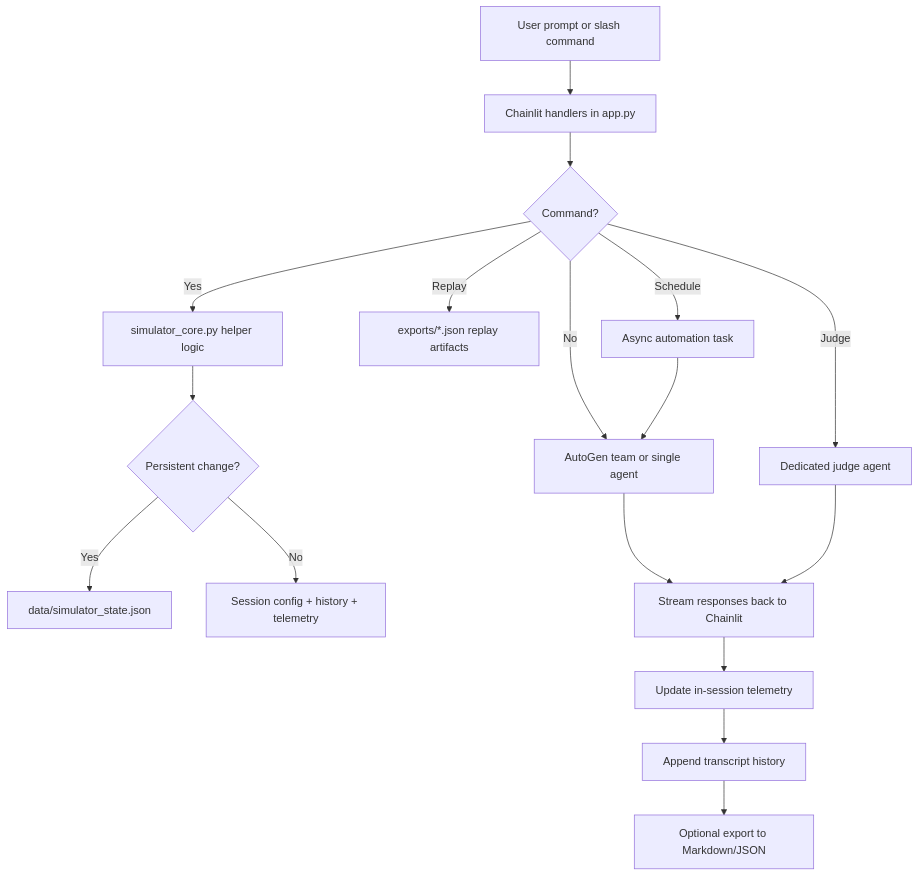
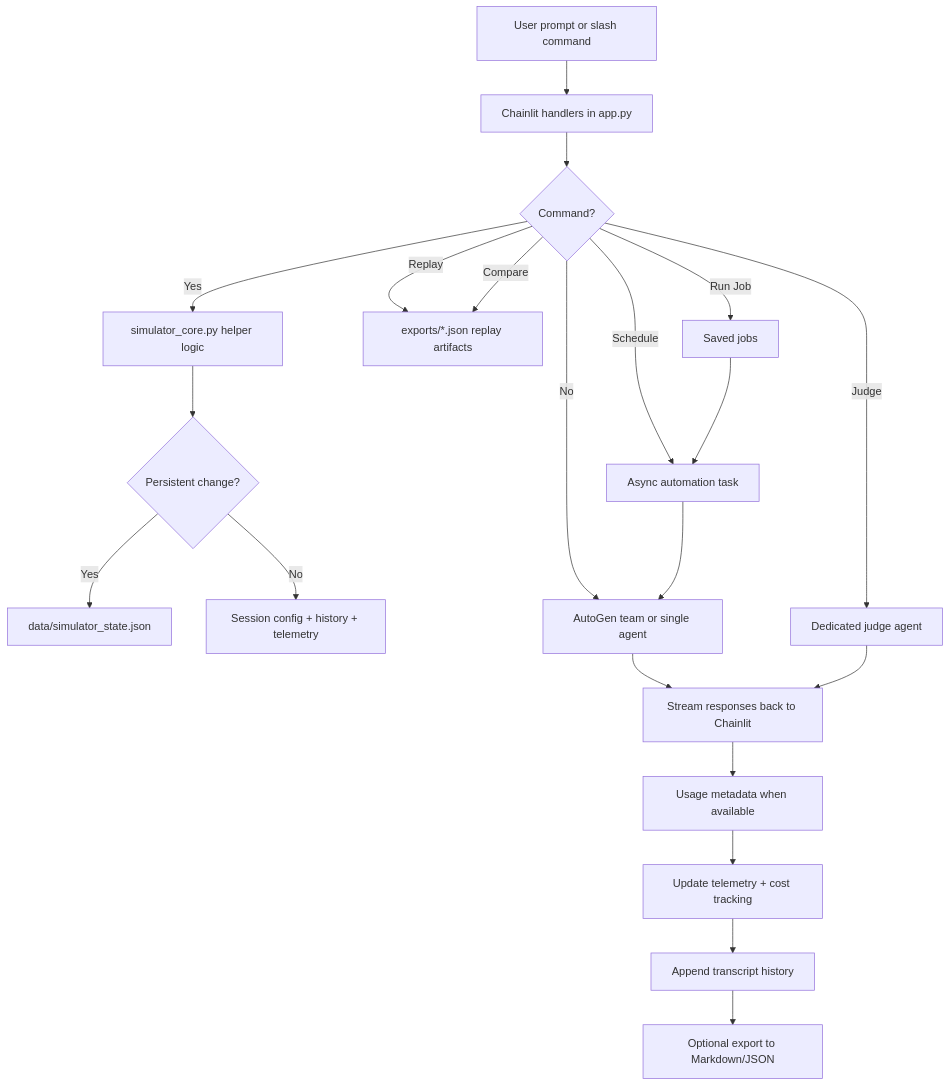
One commit to robertpelloni/agentirc changed the diagram in docs/ai/design/simulator-operations.md. Above: the diagram before and after it, drawn with Mermaid. The commit also changed other lines of this file and 10 other files, not shown here.

Commit message:
feat: add cost tracking, replay comparison, and saved jobs

````diff
--- a/docs/ai/design/simulator-operations.md
+++ b/docs/ai/design/simulator-operations.md
@@ -43,19 +44,23 @@
 ```mermaid
 flowchart TD
     User[User prompt or slash command] --> CL[Chainlit handlers in app.py]
     CL --> Cmd{Command?}
     Cmd -- Yes --> Core[simulator_core.py helper logic]
     Core --> Persist{Persistent change?}
     Persist -- Yes --> State[data/simulator_state.json]
     Persist -- No --> Session[Session config + history + telemetry]
     Cmd -- Replay --> Exports[exports/*.json replay artifacts]
+    Cmd -- Compare --> Exports
     Cmd -- Schedule --> Task[Async automation task]
+    Cmd -- Run Job --> Jobs[Saved jobs]
     Cmd -- Judge --> Judge[Dedicated judge agent]
     Cmd -- No --> Team[AutoGen team or single agent]
+    Jobs --> Task
     Task --> Team
     Team --> Stream[Stream responses back to Chainlit]
     Judge --> Stream
-    Stream --> Telemetry[Update in-session telemetry]
+    Stream --> Usage[Usage metadata when available]
+    Usage --> Telemetry[Update telemetry + cost tracking]
     Telemetry --> History[Append transcript history]
     History --> Export[Optional export to Markdown/JSON]
 ```
````
